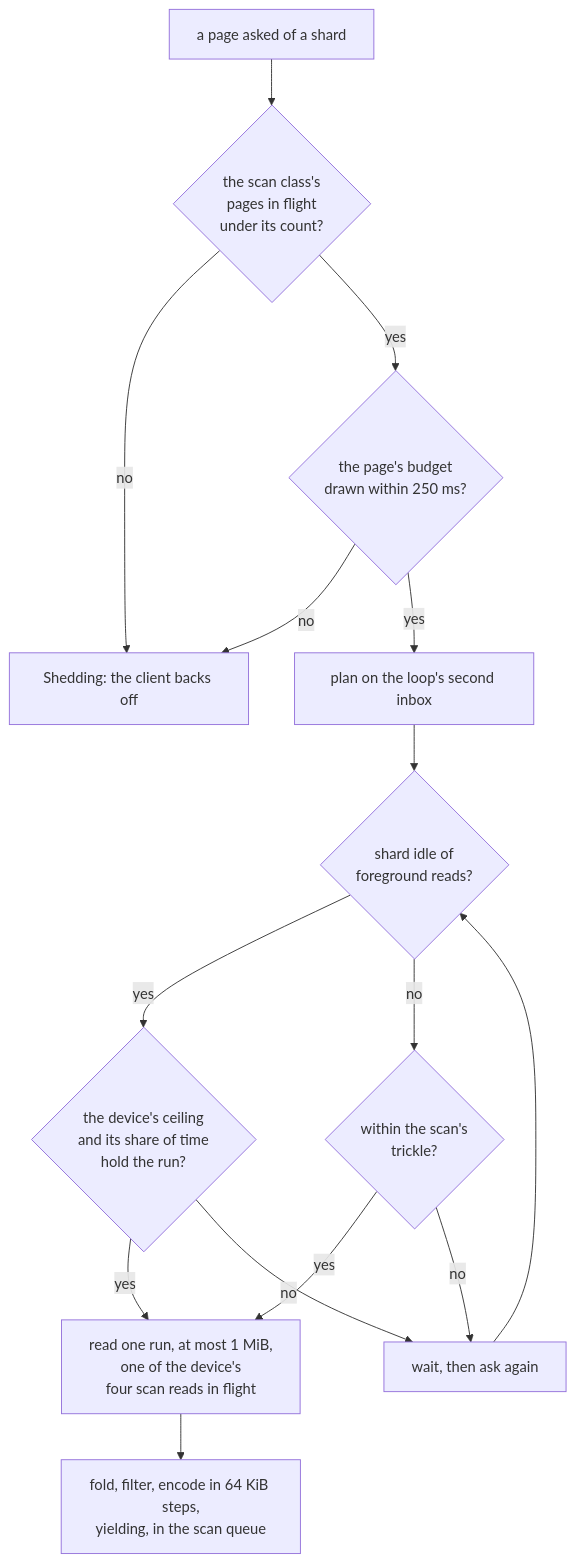
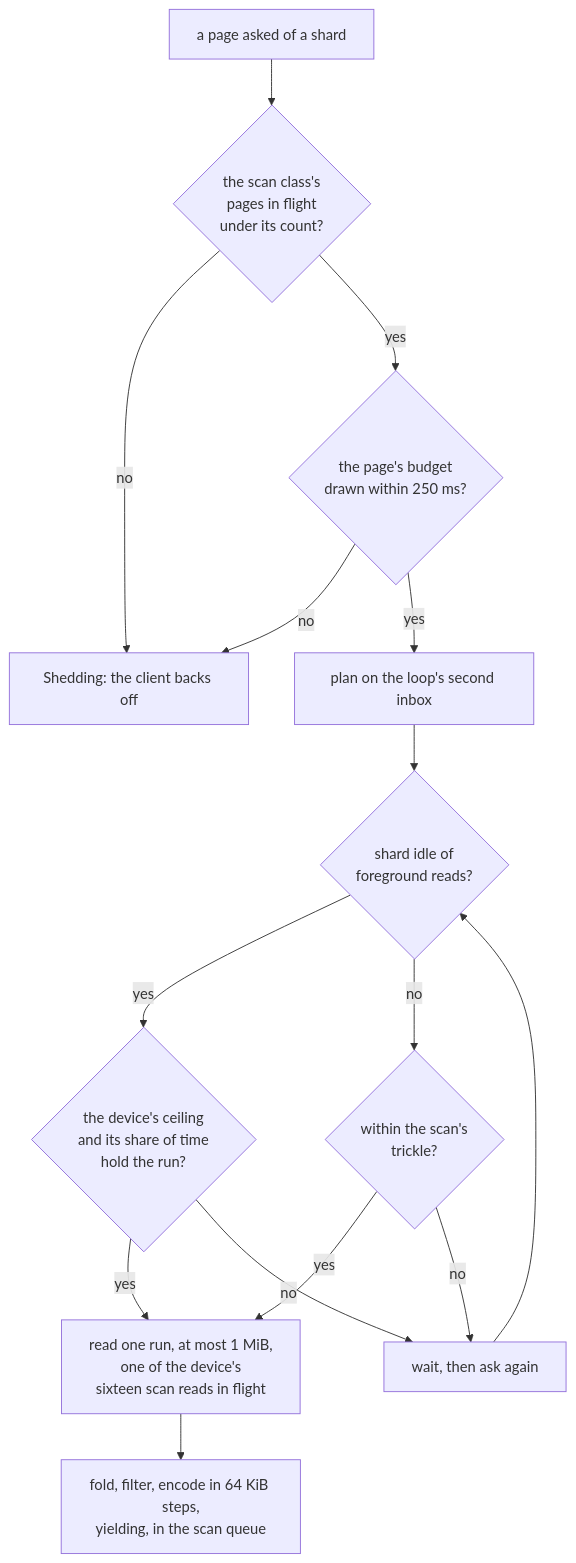
Before and after one commit to mjcarson/shoal: the second of 2 diagrams in docs/src/future-work/scans/isolation.md, drawn with Mermaid. The commit also changed other lines of this file and 14 other files, not shown here.

First line of the commit message:
perf(scans): sixteen scan reads a device, and a shed stream's wait doubled (O146, O148)

````diff
--- a/docs/src/future-work/scans/isolation.md
+++ b/docs/src/future-work/scans/isolation.md
@@ -158,26 +158,26 @@
 ```mermaid
 flowchart TB
     asked["a page asked of a shard"]
     count{"the scan class's<br>pages in flight<br>under its count?"}
     draw{"the page's budget<br>drawn within 250 ms?"}
     plan["plan on the loop's second inbox"]
     idle{"shard idle of<br>foreground reads?"}
     token{"the device's ceiling<br>and its share of time<br>hold the run?"}
     trickle{"within the scan's<br>trickle?"}
-    run["read one run, at most 1 MiB,<br>one of the device's<br>four scan reads in flight"]
+    run["read one run, at most 1 MiB,<br>one of the device's<br>sixteen scan reads in flight"]
     steps["fold, filter, encode in 64 KiB steps,<br>yielding, in the scan queue"]
     shed["Shedding: the client backs off"]
     waitidle["wait, then ask again"]
     asked --> count
     count -->|no| shed
     count -->|yes| draw
     draw -->|no| shed
     draw -->|yes| plan --> idle
     idle -->|yes| token
     idle -->|no| trickle
     trickle -->|yes| run
     trickle -->|no| waitidle --> idle
     token -->|yes| run
     token -->|no| waitidle
     run --> steps
 ```
````
